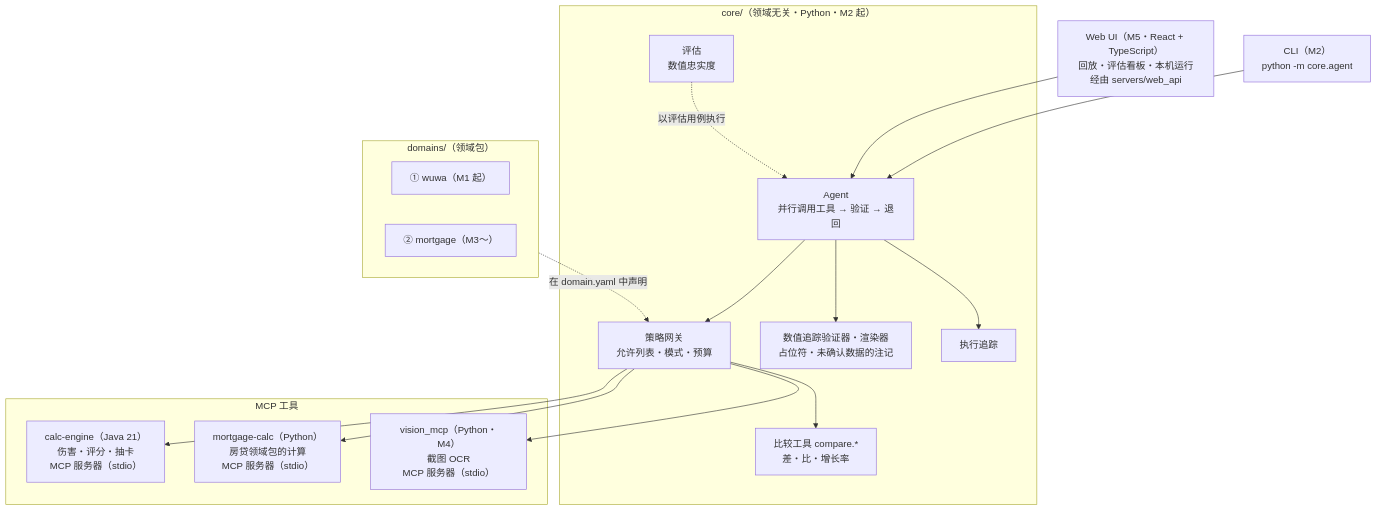
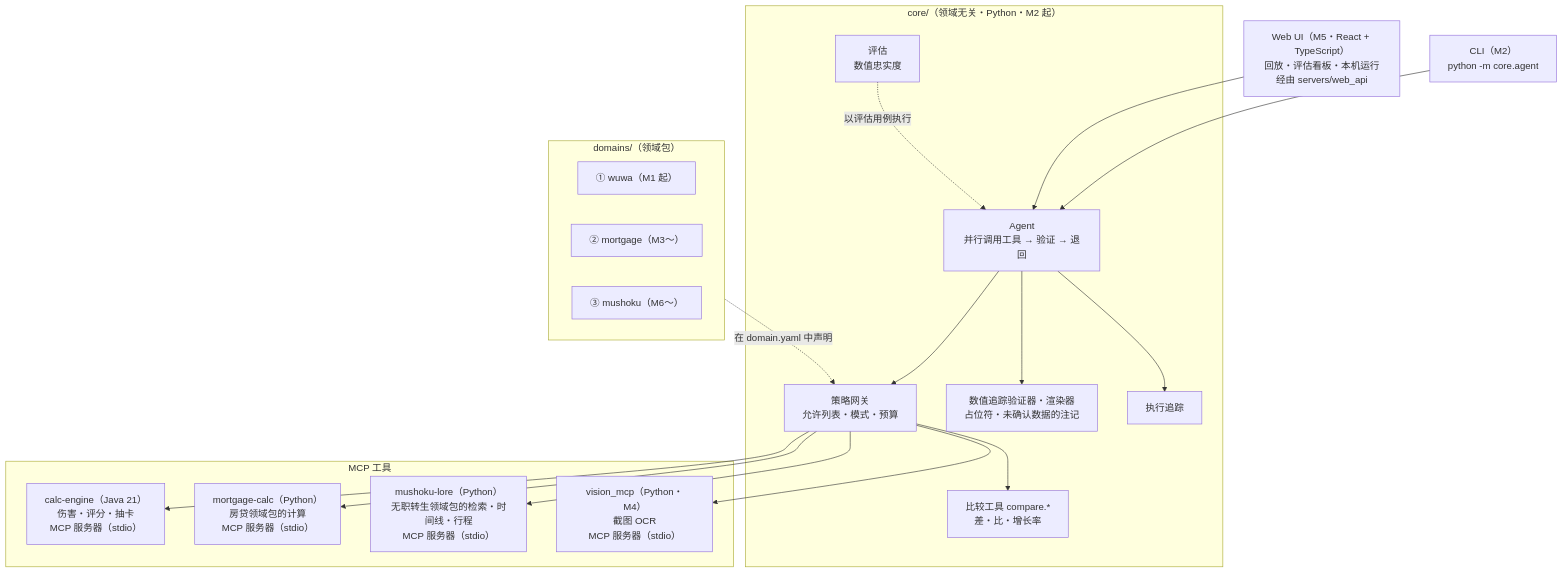
The first of 3 diagrams in docs/architecture.zh-CN.md (hexinlong9981/echolab), drawn with Mermaid before and after one commit. The commit also changed other lines of this file and 14 other files, not shown here.

````diff
--- a/docs/architecture.zh-CN.md
+++ b/docs/architecture.zh-CN.md
@@ -13,30 +13,32 @@
 ```mermaid
 flowchart TB
   CLI["CLI（M2）<br/>python -m core.agent"]
   UI["Web UI（M5・React + TypeScript）<br/>回放・评估看板・本机运行<br/>经由 servers/web_api"]
   subgraph core["core/（领域无关・Python・M2 起）"]
     AG["Agent<br/>并行调用工具 → 验证 → 退回"]
     GW["策略网关<br/>允许列表・模式・预算"]
     VF["数值追踪验证器・渲染器<br/>占位符・未确认数据的注记"]
     CMP["比较工具 compare.*<br/>差・比・增长率"]
     EV["评估<br/>数值忠实度"]
     TR["执行追踪"]
   end
   subgraph tools["MCP 工具"]
     CE["calc-engine（Java 21）<br/>伤害・评分・抽卡<br/>MCP 服务器（stdio）"]
     MC["mortgage-calc（Python）<br/>房贷领域包的计算<br/>MCP 服务器（stdio）"]
+    ML["mushoku-lore（Python）<br/>无职转生领域包的检索・时间线・行程<br/>MCP 服务器（stdio）"]
     VM["vision_mcp（Python・M4）<br/>截图 OCR<br/>MCP 服务器（stdio）"]
   end
   subgraph domains["domains/（领域包）"]
     D1["① wuwa（M1 起）"]
     D3["② mortgage（M3〜）"]
+    D4["③ mushoku（M6〜）"]
   end
   CLI --> AG
   UI --> AG
-  AG --> GW --> CE & MC & CMP & VM
+  AG --> GW --> CE & MC & ML & CMP & VM
   AG --> VF
   AG --> TR
   domains -. "在 domain.yaml 中声明" .-> GW
   EV -. "以评估用例执行" .-> AG
 
 ```
````
